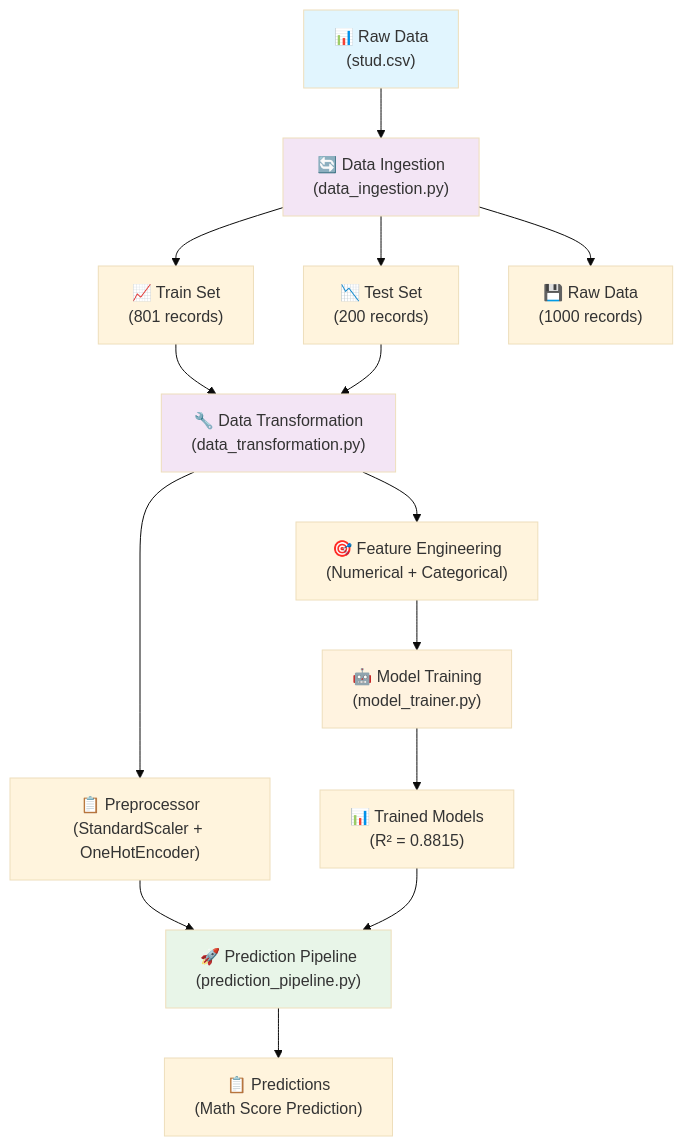
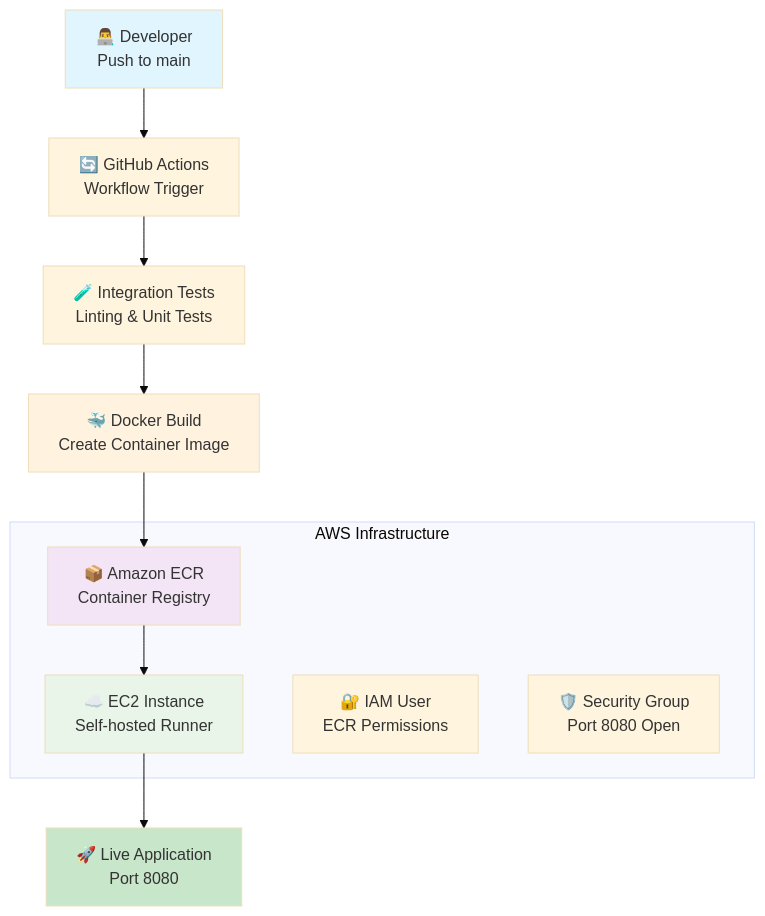
The first of 12 diagrams in README.md (jagadeshchilla/student_performance_EC2), drawn with Mermaid (base theme) before and after one commit. The commit also changed other lines of this file and 2 other files, not shown here.

````diff
--- a/README.md
+++ b/README.md
@@ -28,26 +29,22 @@
 ```mermaid
-graph TD
-    A["📊 Raw Data<br/>(stud.csv)"] --> B["🔄 Data Ingestion<br/>(data_ingestion.py)"]
-    B --> C["📈 Train Set<br/>(801 records)"]
-    B --> D["📉 Test Set<br/>(200 records)"]
-    B --> E["💾 Raw Data<br/>(1000 records)"]
+graph TB
+    A["👨‍💻 Developer<br/>Push to main"] --> B["🔄 GitHub Actions<br/>Workflow Trigger"]
+    B --> C["🧪 Integration Tests<br/>Linting & Unit Tests"]
+    C --> D["🐳 Docker Build<br/>Create Container Image"]
+    D --> E["📦 Amazon ECR<br/>Container Registry"]
+    E --> F["☁️ EC2 Instance<br/>Self-hosted Runner"]
+    F --> G["🚀 Live Application<br/>Port 8080"]
     
-    C --> F["🔧 Data Transformation<br/>(data_transformation.py)"]
-    D --> F
-    
-    F --> G["📋 Preprocessor<br/>(StandardScaler + OneHotEncoder)"]
-    F --> H["🎯 Feature Engineering<br/>(Numerical + Categorical)"]
-    
-    H --> I["🤖 Model Training<br/>(model_trainer.py)"]
-    I --> J["📊 Trained Models<br/>(R² = 0.8815)"]
-    
-    G --> K["🚀 Prediction Pipeline<br/>(prediction_pipeline.py)"]
-    J --> K
-    K --> L["📋 Predictions<br/>(Math Score Prediction)"]
+    subgraph "AWS Infrastructure"
+        E
+        F
+        H["🔐 IAM User<br/>ECR Permissions"]
+        I["🛡️ Security Group<br/>Port 8080 Open"]
+    end
     
     style A fill:#e1f5fe
-    style B fill:#f3e5f5
-    style F fill:#f3e5f5
-    style I fill:#fff3e0
-    style K fill:#e8f5e8
+    style D fill:#fff3e0
+    style E fill:#f3e5f5
+    style F fill:#e8f5e8
+    style G fill:#c8e6c9
 ```
````
